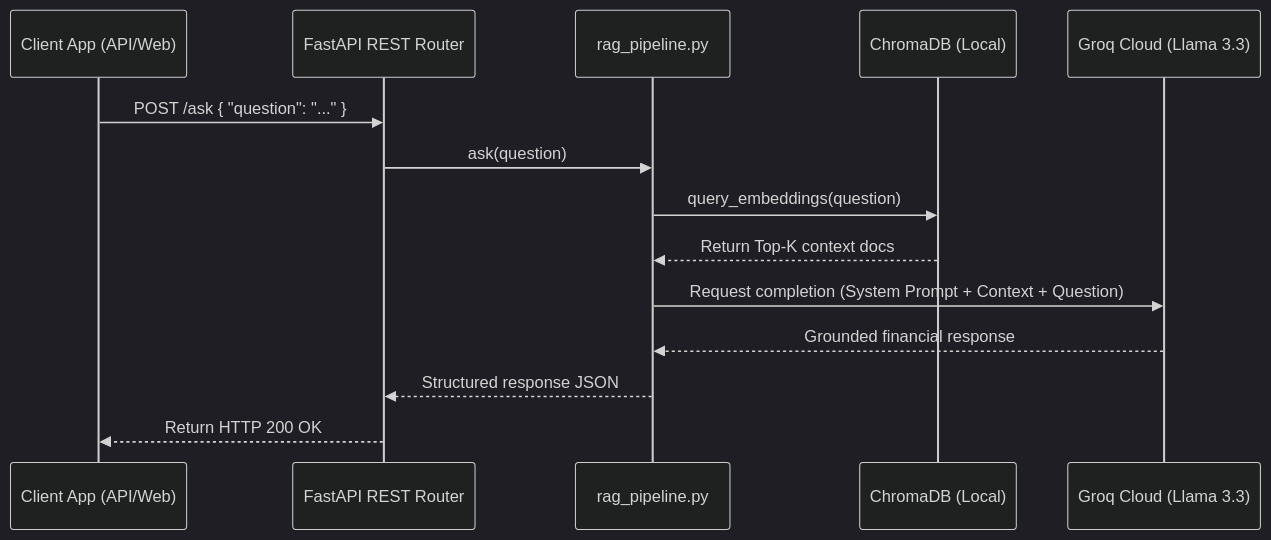
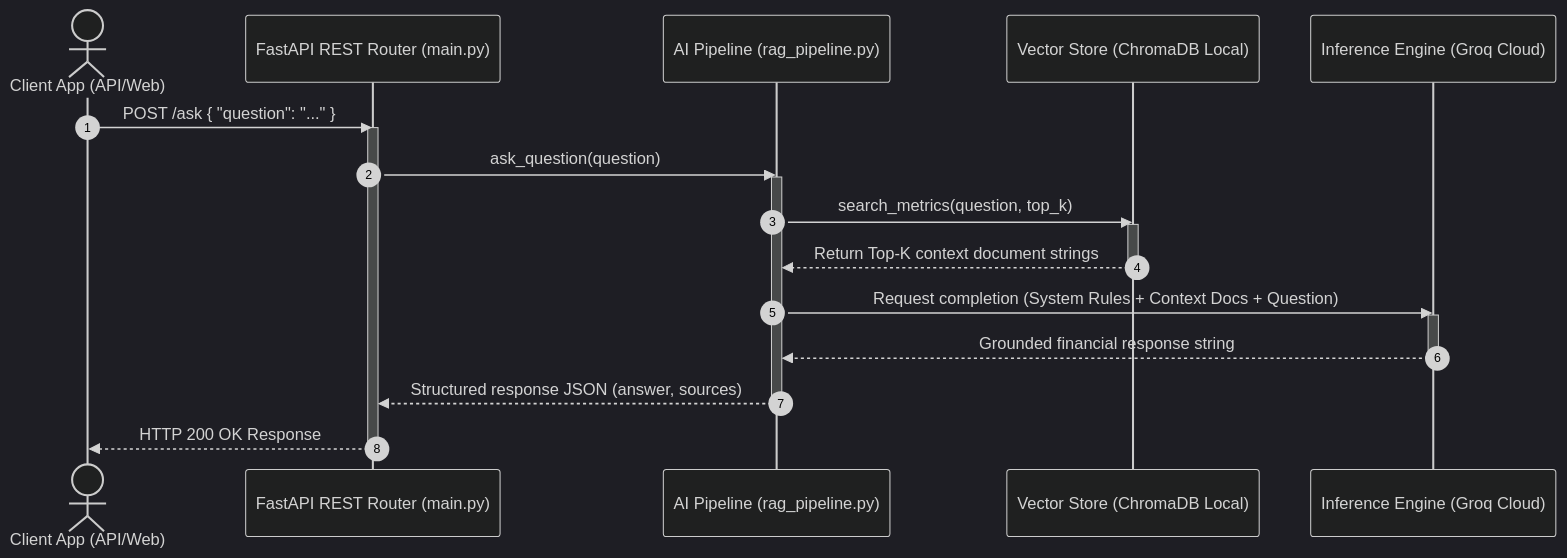
One commit to VED-VIVEK-TALMALEY/quantumlens-HSBC changed the third of 3 diagrams in docs/architecture/architecture.md. Above: the diagram before and after it, drawn with Mermaid (dark theme). The commit also changed other lines of this file and 7 other files, not shown here.

````diff
--- a/docs/architecture/architecture.md
+++ b/docs/architecture/architecture.md
@@ -105,17 +158,26 @@
 ```mermaid
 sequenceDiagram
-    participant User as Client App (API/Web)
-    participant API as FastAPI REST Router
-    participant RAG as rag_pipeline.py
-    participant VectorDB as ChromaDB (Local)
-    participant LLM as Groq Cloud (Llama 3.3)
+    autonumber
+    actor User as Client App (API/Web)
+    participant API as FastAPI REST Router (main.py)
+    participant RAG as AI Pipeline (rag_pipeline.py)
+    participant VectorDB as Vector Store (ChromaDB Local)
+    participant LLM as Inference Engine (Groq Cloud)
 
     User->>API: POST /ask { "question": "..." }
-    API->>RAG: ask(question)
-    RAG->>VectorDB: query_embeddings(question)
-    VectorDB-->>RAG: Return Top-K context docs
-    RAG->>LLM: Request completion (System Prompt + Context + Question)
-    LLM-->>RAG: Grounded financial response
-    RAG-->>API: Structured response JSON
-    API-->>User: Return HTTP 200 OK
+    activate API
+    API->>RAG: ask_question(question)
+    activate RAG
+    RAG->>VectorDB: search_metrics(question, top_k)
+    activate VectorDB
+    VectorDB-->>RAG: Return Top-K context document strings
+    deactivate VectorDB
+    RAG->>LLM: Request completion (System Rules + Context Docs + Question)
+    activate LLM
+    LLM-->>RAG: Grounded financial response string
+    deactivate LLM
+    RAG-->>API: Structured response JSON (answer, sources)
+    deactivate RAG
+    API-->>User: HTTP 200 OK Response
+    deactivate API
 ```
````
